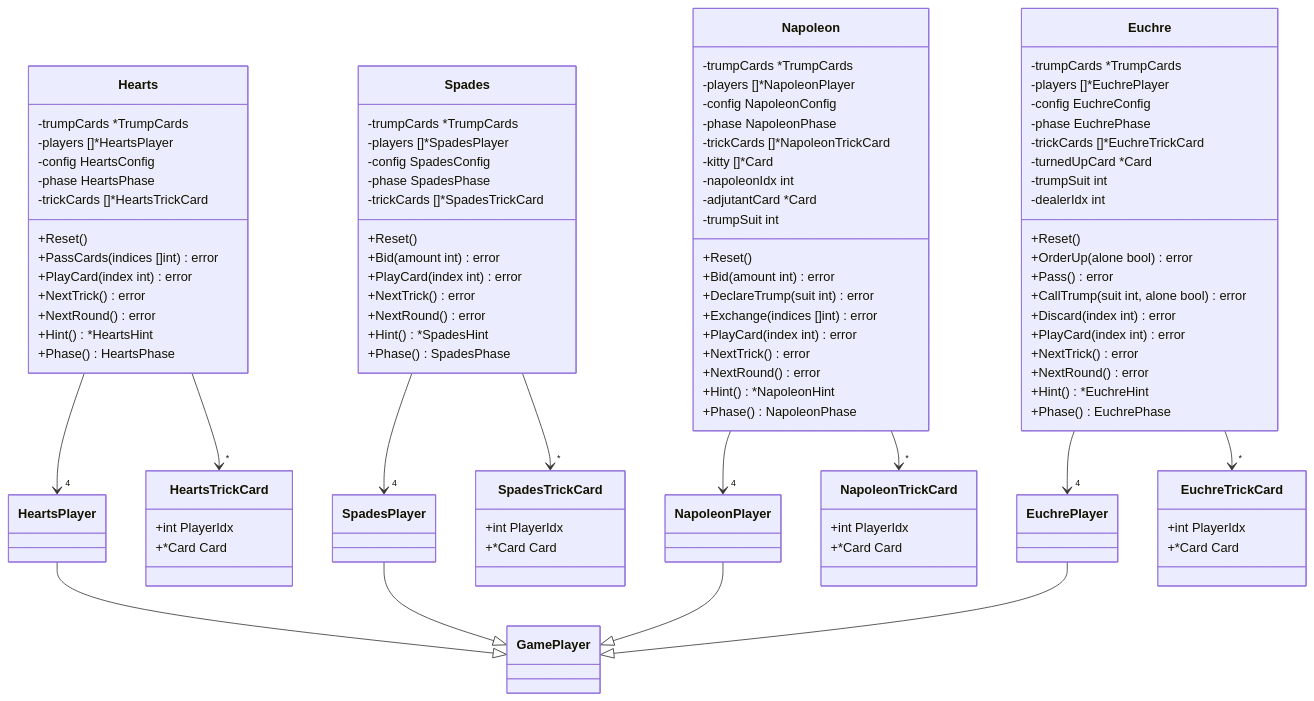
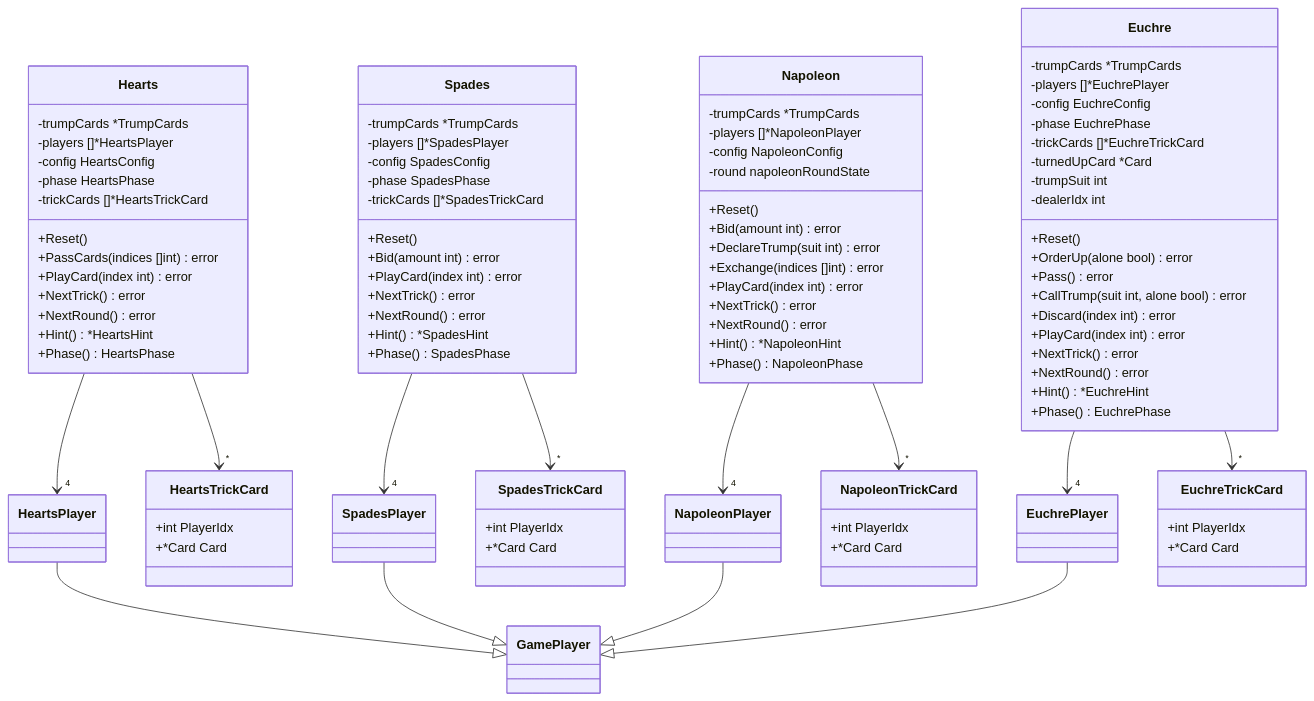
One commit to yuta-yoshinaga/go_trumpcards changed the third of 32 diagrams in docs/design/backend.md. Above: the diagram before and after it, drawn with Mermaid. The commit also changed other lines of this file and 42 other files, not shown here.

```diff
--- a/docs/design/backend.md
+++ b/docs/design/backend.md
@@ -246,12 +248,7 @@
         -trumpCards *TrumpCards
         -players []*NapoleonPlayer
         -config NapoleonConfig
-        -phase NapoleonPhase
-        -trickCards []*NapoleonTrickCard
-        -kitty []*Card
-        -napoleonIdx int
-        -adjutantCard *Card
-        -trumpSuit int
+        -round napoleonRoundState
         +Reset()
         +Bid(amount int) error
         +DeclareTrump(suit int) error
```
